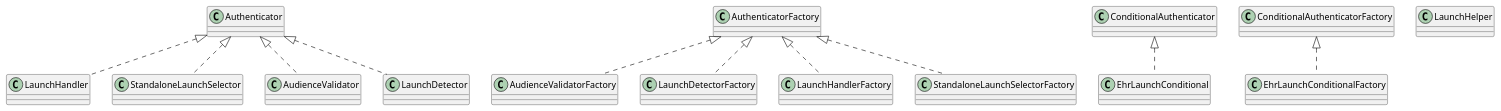
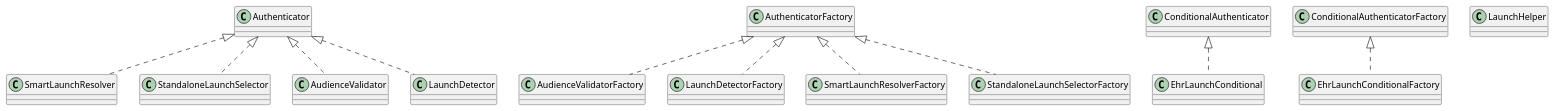
Before and after one commit to zedwerks/keycloak-smart-fhir: the diagram in smart-on-fhir-spi/diagrams/com_zedwerks_keycloak_authenticators_smart_classes.puml, drawn with PlantUML. The commit also changed 10 other files, not shown here.

```diff
--- a/smart-on-fhir-spi/diagrams/com_zedwerks_keycloak_authenticators_smart_classes.puml
+++ b/smart-on-fhir-spi/diagrams/com_zedwerks_keycloak_authenticators_smart_classes.puml
@@ -1,24 +1,24 @@
 @startuml
 skinparam classAttributeIconSize 0
-class LaunchHandler {}
-Authenticator <|.. LaunchHandler
+class SmartLaunchResolver {}
+Authenticator <|.. SmartLaunchResolver
 class AudienceValidatorFactory {}
 AuthenticatorFactory <|.. AudienceValidatorFactory
 class StandaloneLaunchSelector {}
 Authenticator <|.. StandaloneLaunchSelector
 class AudienceValidator {}
 Authenticator <|.. AudienceValidator
 class EhrLaunchConditional {}
 ConditionalAuthenticator <|.. EhrLaunchConditional
 class EhrLaunchConditionalFactory {}
 ConditionalAuthenticatorFactory <|.. EhrLaunchConditionalFactory
 class LaunchDetector {}
 Authenticator <|.. LaunchDetector
 class LaunchHelper {}
 class LaunchDetectorFactory {}
 AuthenticatorFactory <|.. LaunchDetectorFactory
-class LaunchHandlerFactory {}
-AuthenticatorFactory <|.. LaunchHandlerFactory
+class SmartLaunchResolverFactory {}
+AuthenticatorFactory <|.. SmartLaunchResolverFactory
 class StandaloneLaunchSelectorFactory {}
 AuthenticatorFactory <|.. StandaloneLaunchSelectorFactory
 @enduml
```
